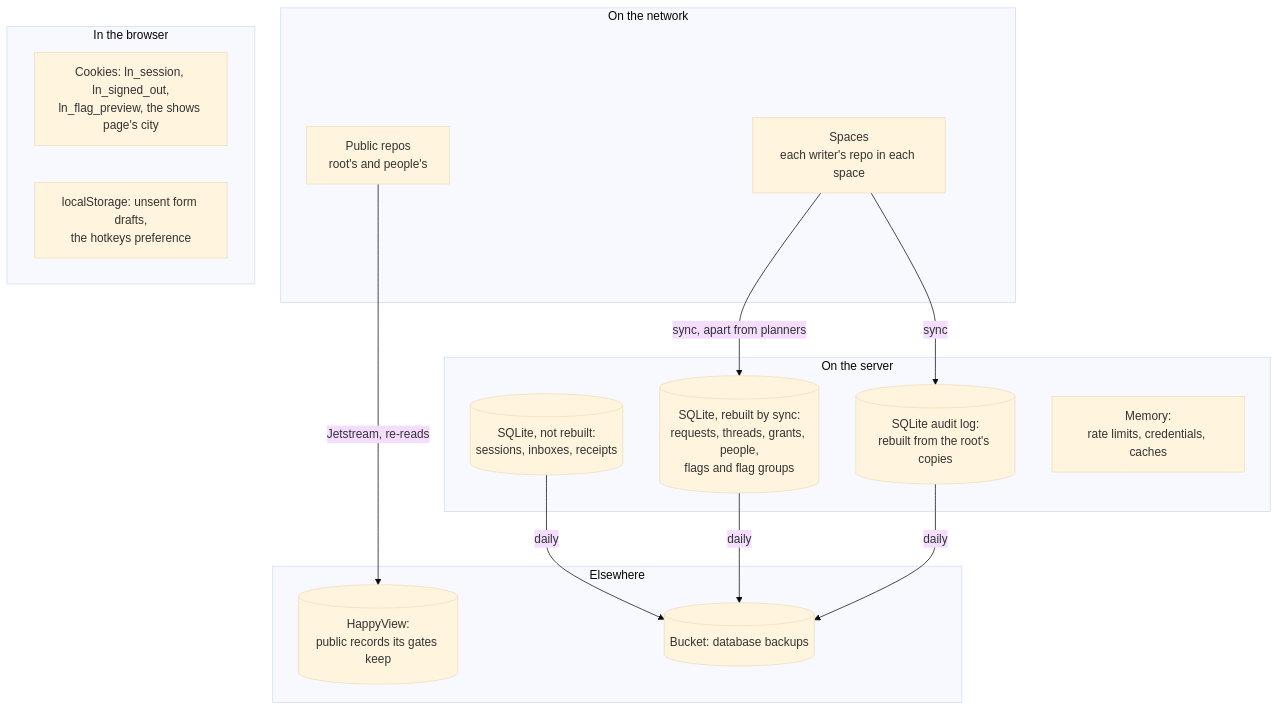
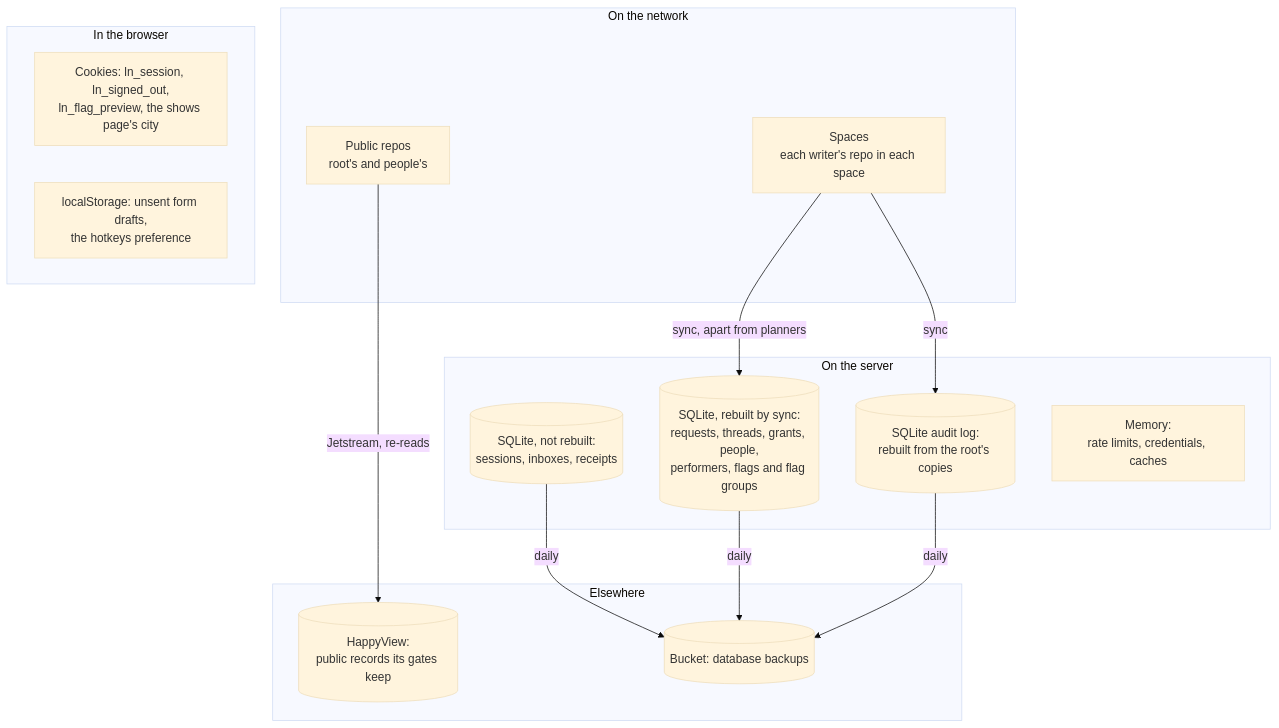
One commit to cutenode/localnetwork changed the seventh of 11 diagrams in apps/web/README.md. Above: the diagram before and after it, drawn with Mermaid (base theme). The commit also changed other lines of this file and 7 other files, not shown here.

First line of the commit message:
docs(web): bring the diagrams in line with main after the extraction PRs

````diff
--- a/apps/web/README.md
+++ b/apps/web/README.md
@@ -566,27 +566,27 @@
 ```mermaid
 flowchart TD
   subgraph Network["On the network"]
     Repos["Public repos<br/>root's and people's"]
     Spaces["Spaces<br/>each writer's repo in each space"]
   end
   subgraph Server["On the server"]
-    Index[("SQLite, rebuilt by sync:<br/>requests, threads, grants, people,<br/>flags and flag groups")]
+    Index[("SQLite, rebuilt by sync:<br/>requests, threads, grants, people,<br/>performers, flags and flag groups")]
     Only[("SQLite, not rebuilt:<br/>sessions, inboxes, receipts")]
     Outbox[("SQLite audit log:<br/>rebuilt from the root's copies")]
     Memory["Memory:<br/>rate limits, credentials, caches"]
   end
   subgraph Elsewhere["Elsewhere"]
     HV[("HappyView:<br/>public records its gates keep")]
     Bucket[("Bucket: database backups")]
   end
   subgraph Client["In the browser"]
     Cookies["Cookies: ln_session, ln_signed_out,<br/>ln_flag_preview, the shows page's city"]
     Local["localStorage: unsent form drafts,<br/>the hotkeys preference"]
   end
   Repos -- "Jetstream, re-reads" --> HV
   Spaces -- "sync, apart from planners" --> Index
   Spaces -- "sync" --> Outbox
   Only -- "daily" --> Bucket
   Index -- "daily" --> Bucket
   Outbox -- "daily" --> Bucket
 ```
````
